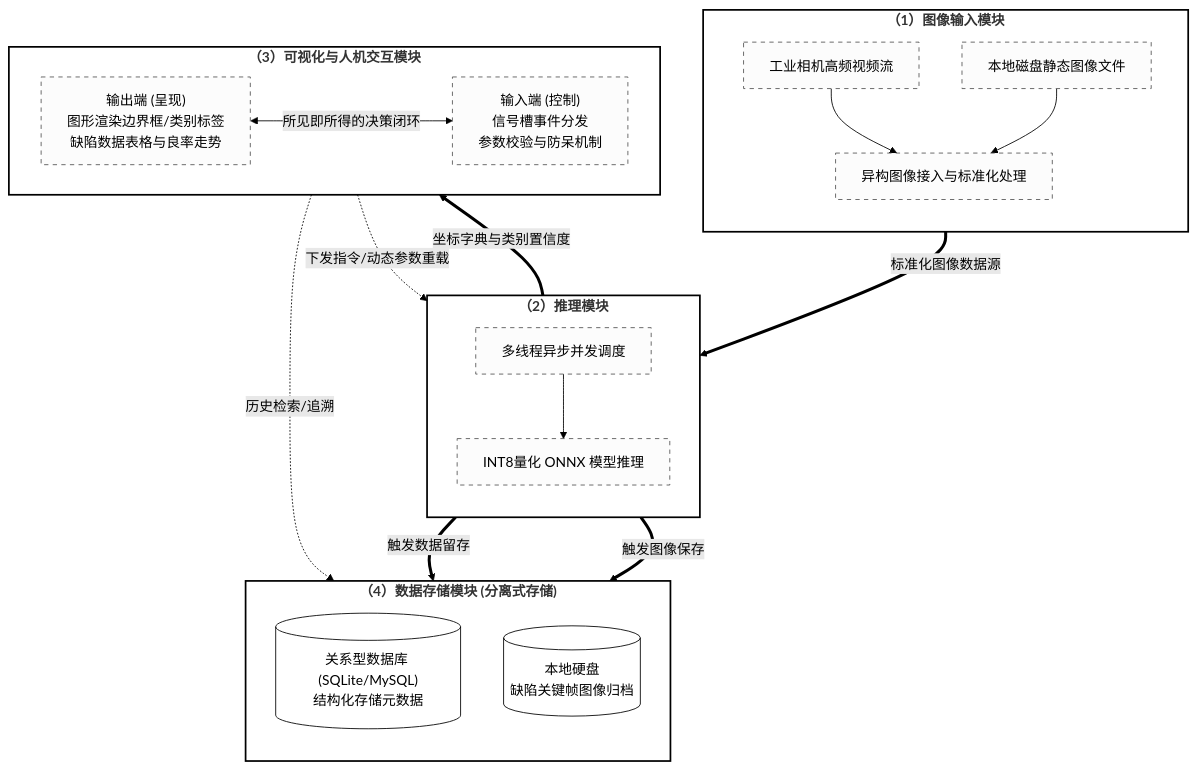
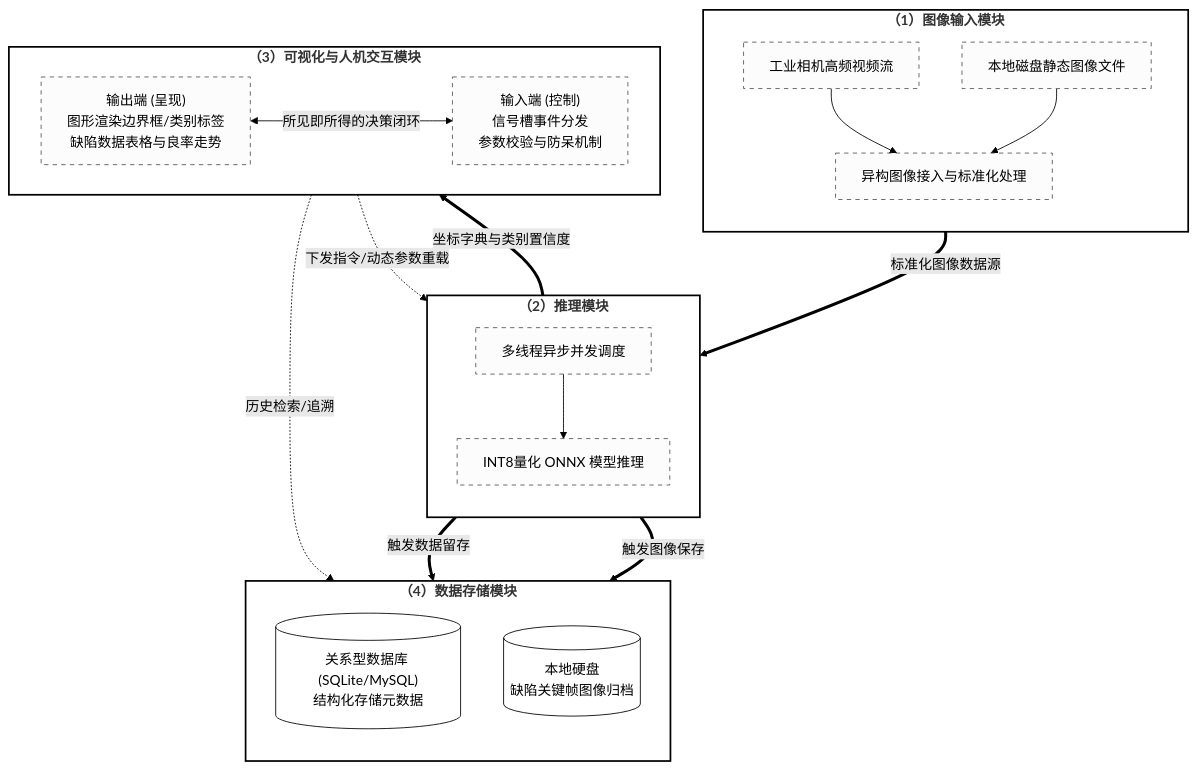
One commit to MAOSHENGsong/iodraw-files changed the diagram in all/未命名.md. Above: the diagram before and after it, drawn with Mermaid (forest theme).

Commit message:
2026-03-12 14:35:52 update

````diff
--- a/all/未命名.md
+++ b/all/未命名.md
@@ -1,52 +1,52 @@
 ```mermaid
 graph TD
     %% 整体样式设置：纯白背景，适合学术论文
     classDef mainModule fill:#ffffff,stroke:#000000,stroke-width:2px,font-weight:bold,font-size:16px;
     classDef subNode fill:#fcfcfc,stroke:#555555,stroke-width:1px,stroke-dasharray: 5 5;
     classDef dbNode fill:#ffffff,stroke:#000000,stroke-width:1px;
 
     %% 1. 图像输入模块
     subgraph Module1["（1）图像输入模块"]
         direction TB
         I1[工业相机高频视频流] --> I3[异构图像接入与标准化处理]
         I2[本地磁盘静态图像文件] --> I3
     end
 
     %% 2. 推理模块
     subgraph Module2["（2）推理模块"]
         direction TB
         R1[多线程异步并发调度] --> R2[INT8量化 ONNX 模型推理]
     end
 
     %% 3. 可视化与人机交互模块
     subgraph Module3["（3）可视化与人机交互模块"]
         direction LR
         V1["输出端 (呈现)<br>图形渲染边界框/类别标签<br>缺陷数据表格与良率走势"]
         V2["输入端 (控制)<br>信号槽事件分发<br>参数校验与防呆机制"]
         V1 <-->|所见即所得的决策闭环| V2
     end
 
     %% 4. 数据存储模块
-    subgraph Module4["（4）数据存储模块 (分离式存储)"]
+    subgraph Module4["（4）数据存储模块"]
         direction TB
         S1[("关系型数据库 (SQLite/MySQL)<br>结构化存储元数据")]
         S2[("本地硬盘<br>缺陷关键帧图像归档")]
     end
 
     %% 模块间的数据流向 (连线)
     I3 == 标准化图像数据源 ==> R1
     
     R2 == "坐标字典与类别置信度" ==> V1
     V2 -. "下发指令/动态参数重载" .-> R1
     
     R2 == 触发数据留存 ==> S1
     R2 == 触发图像保存 ==> S2
     
     V1 -. 历史检索/追溯 .-> S1
 
     %% 应用样式
     class Module1,Module2,Module3,Module4 mainModule;
     class I1,I2,I3,R1,R2,V1,V2 subNode;
     class S1,S2 dbNode;
   
 ```
````
